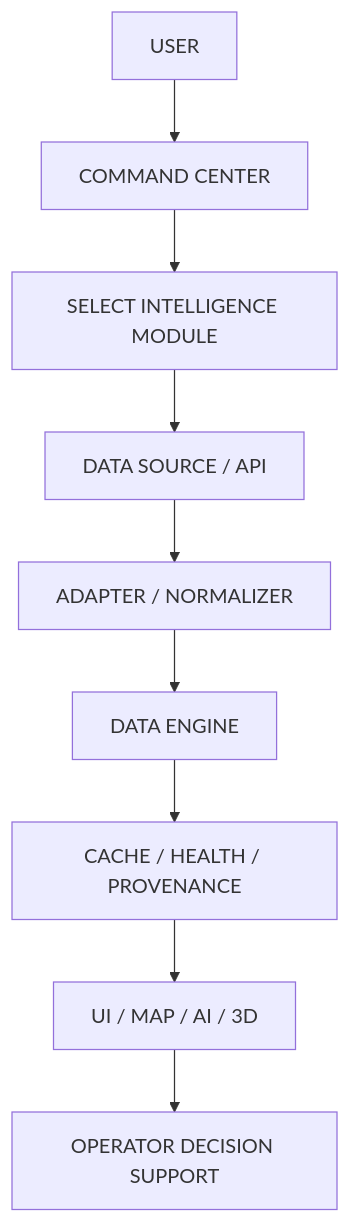
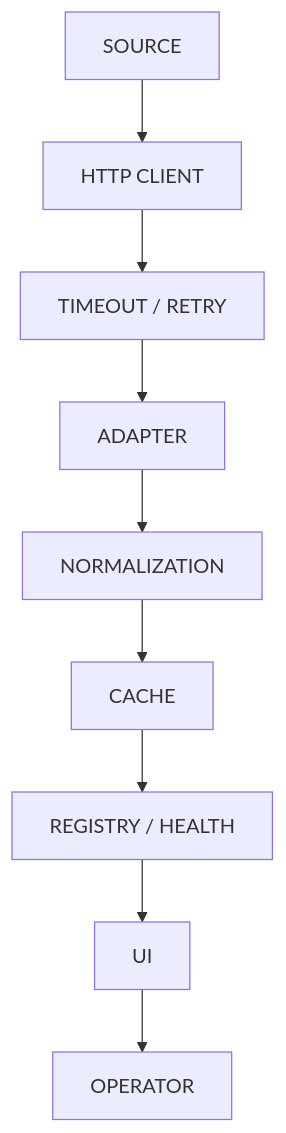
One commit to hemanthhemanth1834-bit/drishti-ai-command-center changed the second of 3 diagrams in README.md. Above: the diagram before and after it, drawn with Mermaid. The commit also changed other lines of this file, not shown here.

````diff
--- a/README.md
+++ b/README.md
@@ -84,11 +114,11 @@
 ```mermaid
 flowchart TD
-    A[USER] --> B[COMMAND CENTER]
-    B --> C[SELECT INTELLIGENCE MODULE]
-    C --> D[DATA SOURCE / API]
-    D --> E[ADAPTER / NORMALIZER]
-    E --> F[DATA ENGINE]
-    F --> G[CACHE / HEALTH / PROVENANCE]
-    G --> H[UI / MAP / AI / 3D]
-    H --> I[OPERATOR DECISION SUPPORT]
+    S[SOURCE] --> H[HTTP CLIENT]
+    H --> T[TIMEOUT / RETRY]
+    T --> A[ADAPTER]
+    A --> N[NORMALIZATION]
+    N --> C[CACHE]
+    C --> R[REGISTRY / HEALTH]
+    R --> U[UI]
+    U --> O[OPERATOR]
 ```
````
